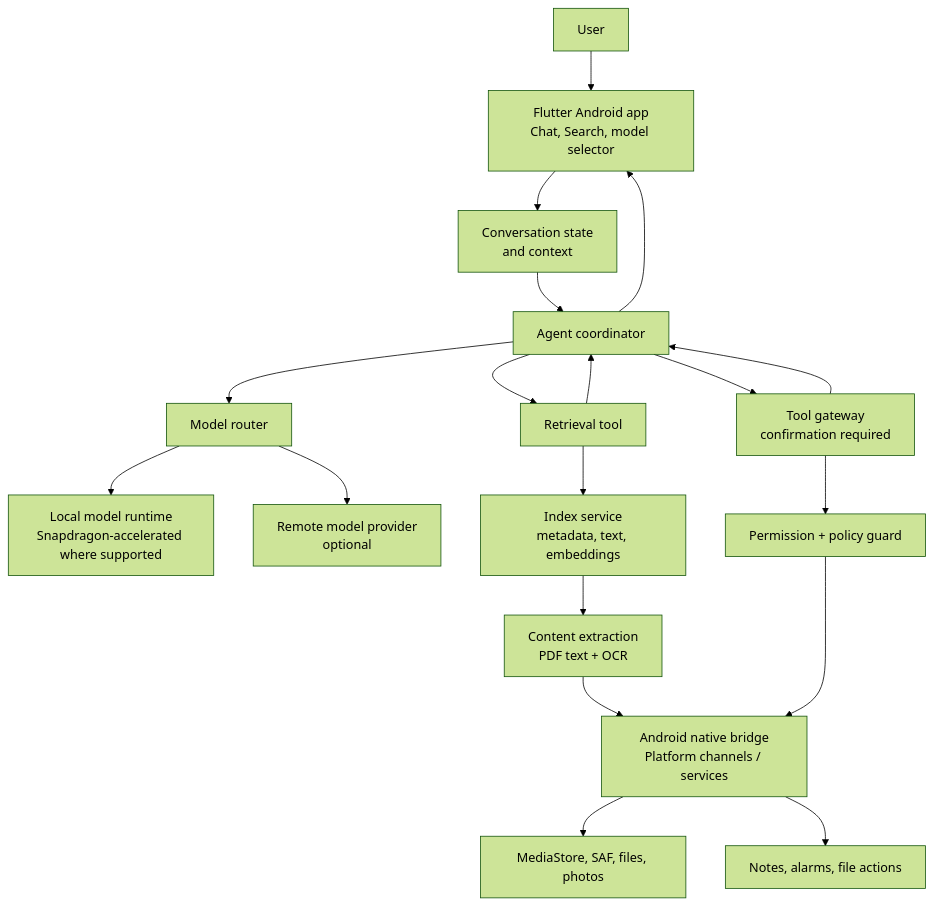
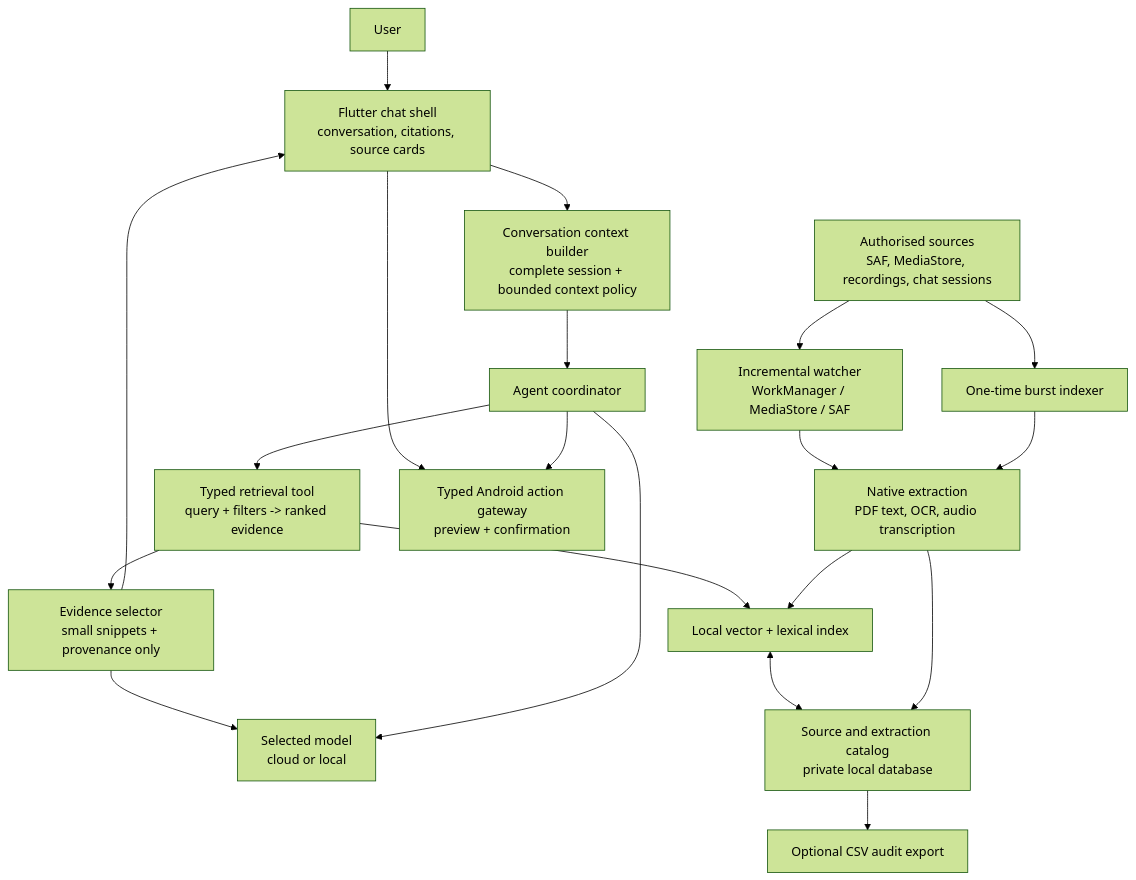
Before and after one commit to harutoNaiz/teamChaiAndCode: the first of 2 diagrams in master/ARCHITECTURE.md, drawn with Mermaid (forest theme). The commit also changed other lines of this file and 4 other files, not shown here.

Commit message:
Document grounded memory roadmap and clean chat input

````diff
--- a/master/ARCHITECTURE.md
+++ b/master/ARCHITECTURE.md
@@ -13,28 +19,31 @@
 ```mermaid
 flowchart TB
   user[User]
-  ui[Flutter Android app\nChat, Search, model selector]
-  state[Conversation state\nand context]
-  agent[Agent coordinator]
-  model[Model router]
-  localModel[Local model runtime\nSnapdragon-accelerated where supported]
-  remoteModel[Remote model provider\noptional]
-  retrieval[Retrieval tool]
-  tools[Tool gateway\nconfirmation required]
-  index[Index service\nmetadata, text, embeddings]
-  extract[Content extraction\nPDF text + OCR]
-  android[Android native bridge\nPlatform channels / services]
-  sources[MediaStore, SAF, files, photos]
-  actions[Notes, alarms, file actions]
-  permissions[Permission + policy guard]
+  ui[Flutter chat shell\nconversation, citations, source cards]
+  context[Conversation context builder\ncomplete session + bounded context policy]
+  coordinator[Agent coordinator]
+  model[Selected model\ncloud or local]
+  retrieval[Typed retrieval tool\nquery + filters -> ranked evidence]
+  evidence[Evidence selector\nsmall snippets + provenance only]
+  index[Local vector + lexical index]
+  catalog[Source and extraction catalog\nprivate local database]
+  export[Optional CSV audit export]
+  watch[Incremental watcher\nWorkManager / MediaStore / SAF]
+  burst[One-time burst indexer]
+  extract[Native extraction\nPDF text, OCR, audio transcription]
+  sources[Authorised sources\nSAF, MediaStore, recordings, chat sessions]
+  action[Typed Android action gateway\npreview + confirmation]
 
-  user --> ui --> state --> agent
-  agent --> model
-  model --> localModel
-  model --> remoteModel
-  agent --> retrieval --> index --> extract --> android --> sources
-  agent --> tools --> permissions --> android --> actions
-  retrieval --> agent
-  tools --> agent
-  agent --> ui
+  user --> ui --> context --> coordinator
+  coordinator --> retrieval --> evidence --> model
+  coordinator --> model
+  retrieval --> index
+  index <--> catalog
+  catalog --> export
+  sources --> watch --> extract --> catalog
+  sources --> burst --> extract
+  extract --> index
+  ui --> action
+  coordinator --> action
+  evidence --> ui
 ```
````
